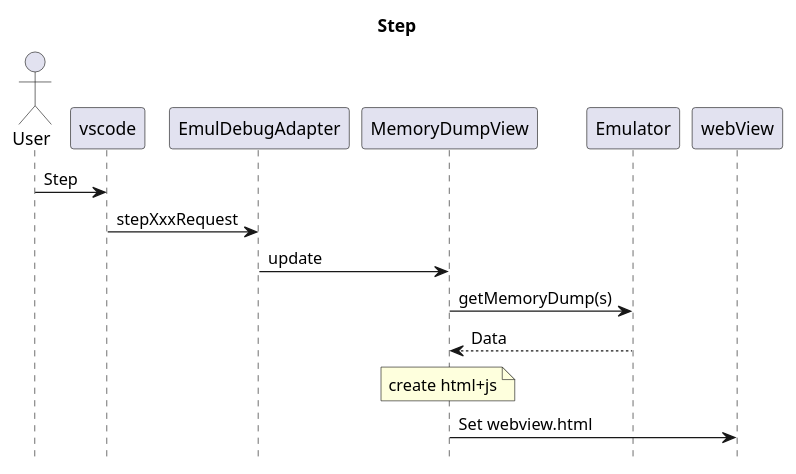
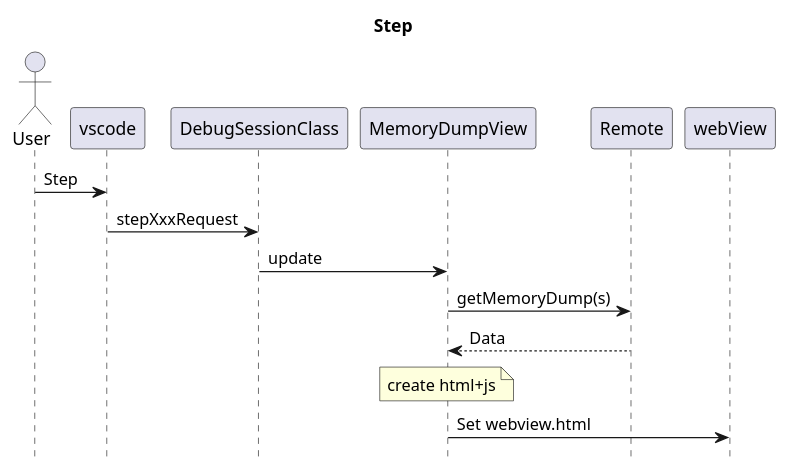
One commit to maziac/DeZog changed the first of 9 diagrams in design/design.md. Above: the diagram before and after it, drawn with PlantUML. The commit also changed other lines of this file and 3 other files, not shown here.

````diff
--- a/design/design.md
+++ b/design/design.md
@@ -259,12 +245,12 @@
 ```puml
 hide footbox
 title Step
 actor User
 User -> vscode: Step
-vscode -> EmulDebugAdapter: stepXxxRequest
-EmulDebugAdapter -> MemoryDumpView: update
-MemoryDumpView -> Emulator: getMemoryDump(s)
-MemoryDumpView <-- Emulator: Data
+vscode -> DebugSessionClass: stepXxxRequest
+DebugSessionClass -> MemoryDumpView: update
+MemoryDumpView -> Remote: getMemoryDump(s)
+MemoryDumpView <-- Remote: Data
 note over MemoryDumpView: create html+js
 MemoryDumpView -> webView: Set webview.html
 ```
````
